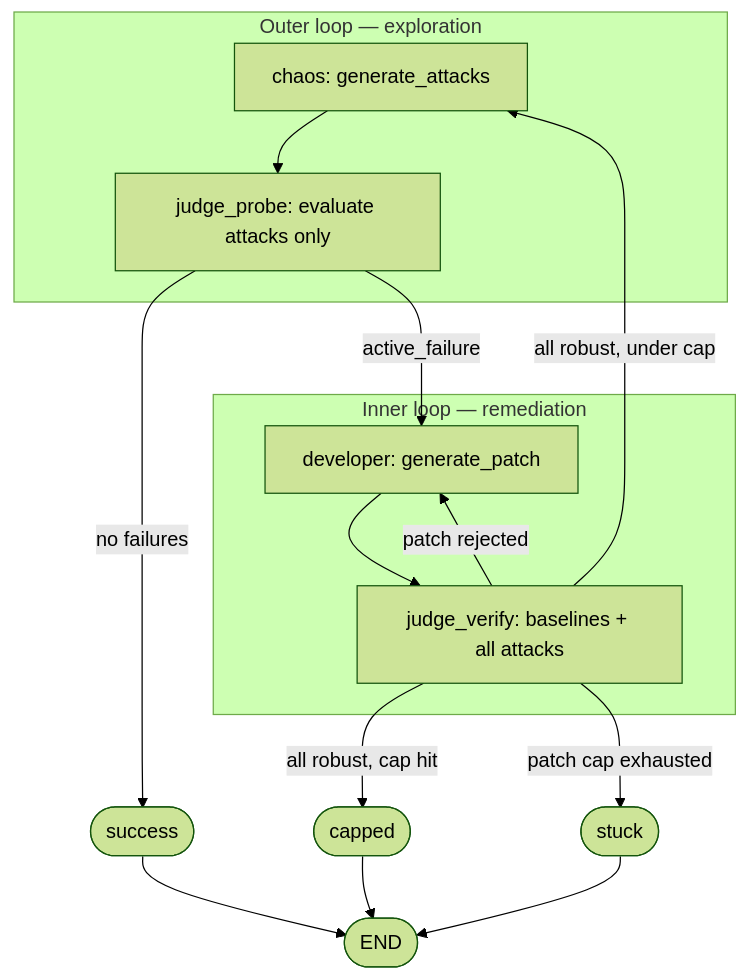
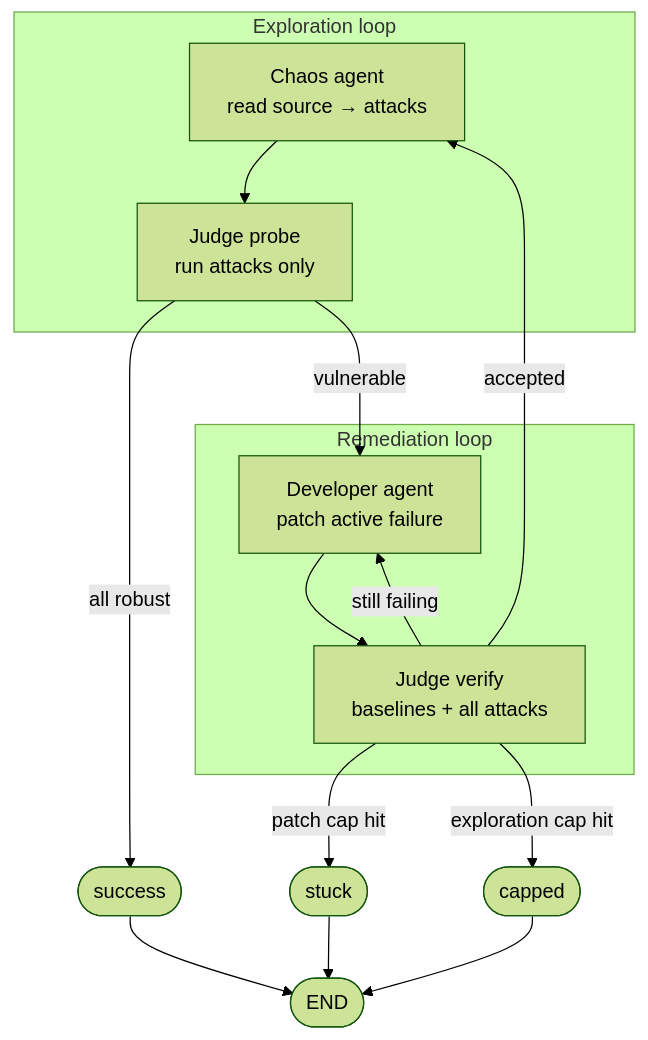
One commit to melbrbry/chaos-qa-swarm changed the diagram in README.md. Above: the diagram before and after it, drawn with Mermaid (forest theme). The commit also changed other lines of this file, not shown here.

````diff
--- a/README.md
+++ b/README.md
@@ -171,25 +27,24 @@
 ```mermaid
 flowchart TB
-  subgraph outer [Outer loop — exploration]
-    chaos[chaos: generate_attacks]
-    judge_probe[judge_probe: evaluate attacks only]
-    chaos --> judge_probe
+  subgraph outer [Exploration loop]
+    chaos["Chaos agent<br/>read source → attacks"]
+    probe["Judge probe<br/>run attacks only"]
+    chaos --> probe
   end
 
-  subgraph inner [Inner loop — remediation]
-    developer[developer: generate_patch]
-    judge_verify[judge_verify: baselines + all attacks]
-    developer --> judge_verify
-    judge_verify -->|patch rejected| developer
+  subgraph inner [Remediation loop]
+    dev["Developer agent<br/>patch active failure"]
+    verify["Judge verify<br/>baselines + all attacks"]
+    dev --> verify
+    verify -->|still failing| dev
   end
 
-  judge_probe -->|no failures| success([success])
-  judge_probe -->|active_failure| developer
-  judge_verify -->|all robust, under cap| chaos
-  judge_verify -->|all robust, cap hit| capped([capped])
-  judge_verify -->|patch cap exhausted| stuck([stuck])
-
-  success --> endNode([END])
-  capped --> endNode
-  stuck --> endNode
+  probe -->|vulnerable| dev
+  probe -->|all robust| success([success])
+  verify -->|accepted| chaos
+  verify -->|patch cap hit| stuck([stuck])
+  verify -->|exploration cap hit| capped([capped])
+  success --> END([END])
+  stuck --> END
+  capped --> END
 ```
````
